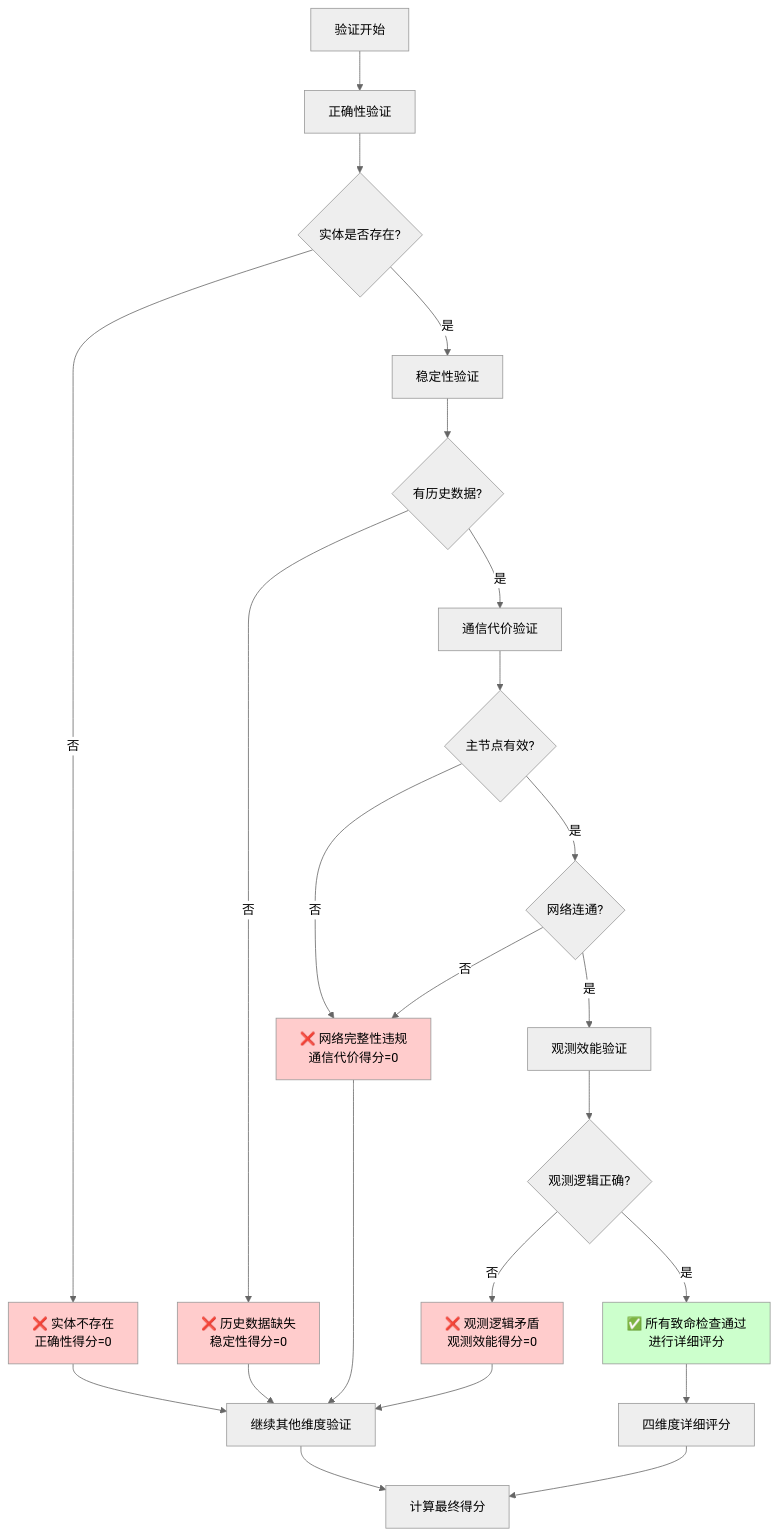
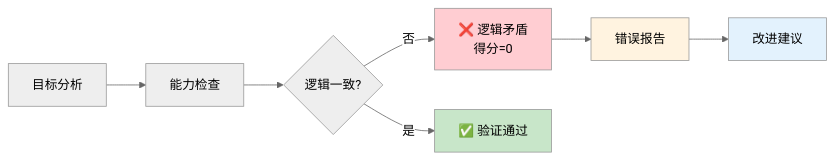
One commit to sneiiler/stk_gen changed diagram 28 of 30 in distill/VALIDATION_REPORT.md. Above: the diagram before and after it, drawn with Mermaid (neutral theme). The commit also changed other lines of this file, not shown here.

````diff
--- a/distill/VALIDATION_REPORT.md
+++ b/distill/VALIDATION_REPORT.md
@@ -628,36 +1155,14 @@
 ```mermaid
-flowchart TD
-    A[验证开始] --> B[正确性验证]
-    B --> C{实体是否存在?}
-    C -->|否| D[❌ 实体不存在<br/>正确性得分=0]
-    C -->|是| E[稳定性验证]
+graph LR
+    A[目标分析] --> B[能力检查]
+    B --> C{逻辑一致?}
+    C -->|否| D[❌ 逻辑矛盾<br/>得分=0]
+    C -->|是| E[✅ 验证通过]
+    D --> F[错误报告]
+    F --> G[改进建议]
     
-    E --> F{有历史数据?}
-    F -->|否| G[❌ 历史数据缺失<br/>稳定性得分=0]
-    F -->|是| H[通信代价验证]
-    
-    H --> I{主节点有效?}
-    I -->|否| J[❌ 网络完整性违规<br/>通信代价得分=0]
-    I -->|是| K{网络连通?}
-    K -->|否| J
-    K -->|是| L[观测效能验证]
-    
-    L --> M{观测逻辑正确?}
-    M -->|否| N[❌ 观测逻辑矛盾<br/>观测效能得分=0]
-    M -->|是| O[✅ 所有致命检查通过<br/>进行详细评分]
-    
-    D --> P[继续其他维度验证]
-    G --> P
-    J --> P
-    N --> P
-    P --> Q[计算最终得分]
-    
-    O --> R[四维度详细评分]
-    R --> Q
-    
-    style D fill:#ffcccc
-    style G fill:#ffcccc
-    style J fill:#ffcccc
-    style N fill:#ffcccc
-    style O fill:#ccffcc
+    style D fill:#ffcdd2
+    style E fill:#c8e6c9
+    style F fill:#fff3e0
+    style G fill:#e3f2fd
 ```
````
